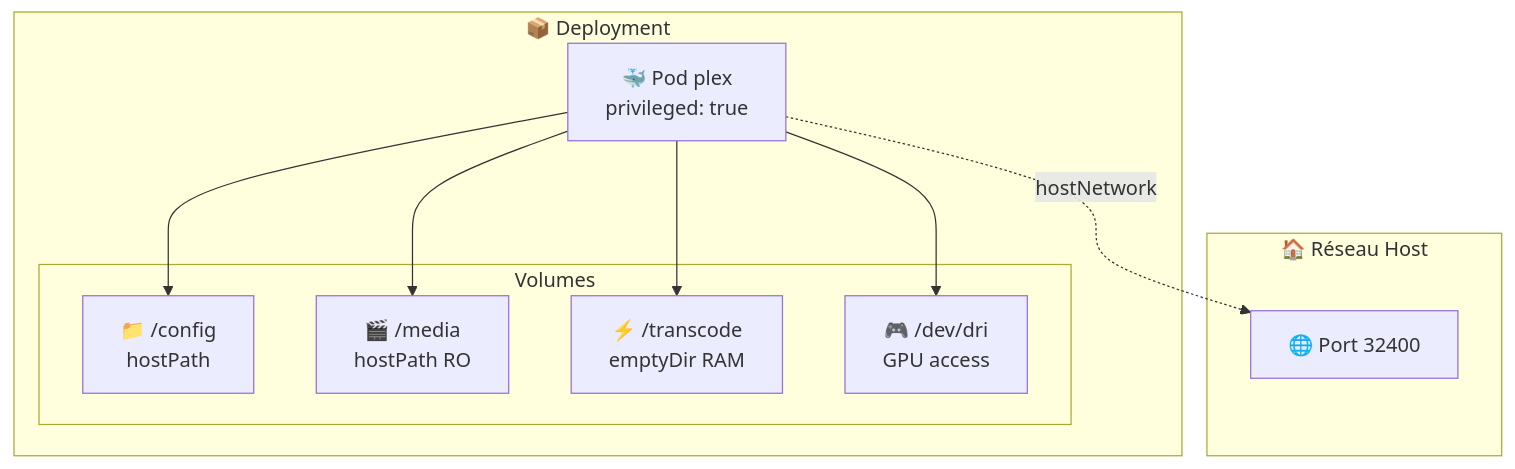
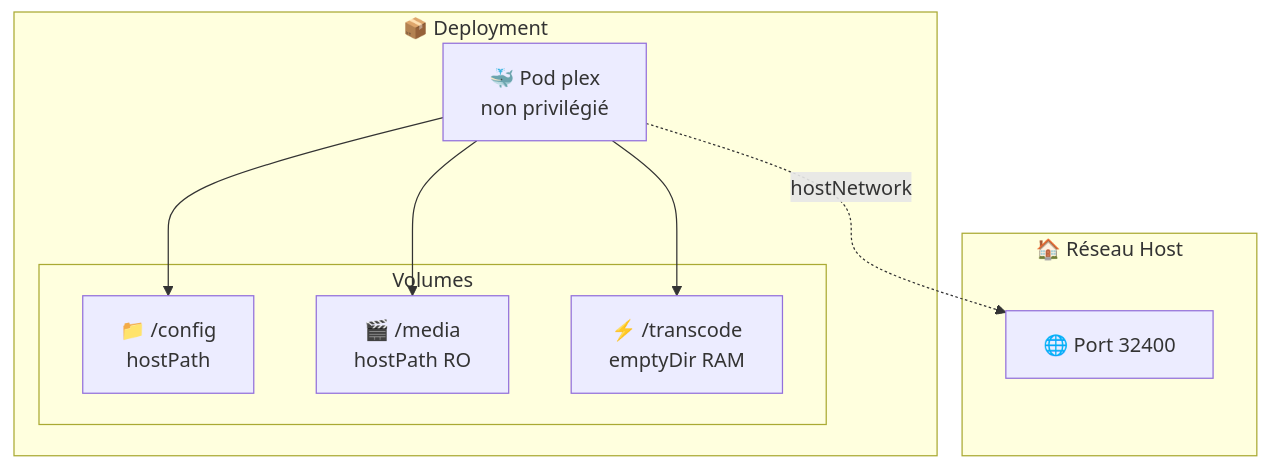
The second of 2 diagrams in charts/plex/README.md (muchiny/media-stack-k8s), drawn with Mermaid before and after one commit. The commit also changed other lines of this file and 3 other files, not shown here.

First line of the commit message:
fix(plex): retirer le mode privileged, inutile sur le Pi 5

````diff
--- a/charts/plex/README.md
+++ b/charts/plex/README.md
@@ -93,20 +93,19 @@
 ```mermaid
 flowchart TB
     subgraph "📦 Deployment"
-        Pod[🐳 Pod plex<br/>privileged: true]
+        Pod[🐳 Pod plex<br/>non privilégié]
 
         subgraph "Volumes"
             V1[📁 /config<br/>hostPath]
             V2[🎬 /media<br/>hostPath RO]
             V3[⚡ /transcode<br/>emptyDir RAM]
-            V4[🎮 /dev/dri<br/>GPU access]
         end
     end
 
     subgraph "🏠 Réseau Host"
         Port[🌐 Port 32400]
     end
 
-    Pod --> V1 & V2 & V3 & V4
+    Pod --> V1 & V2 & V3
     Pod -.->|"hostNetwork"| Port
 ```
````
